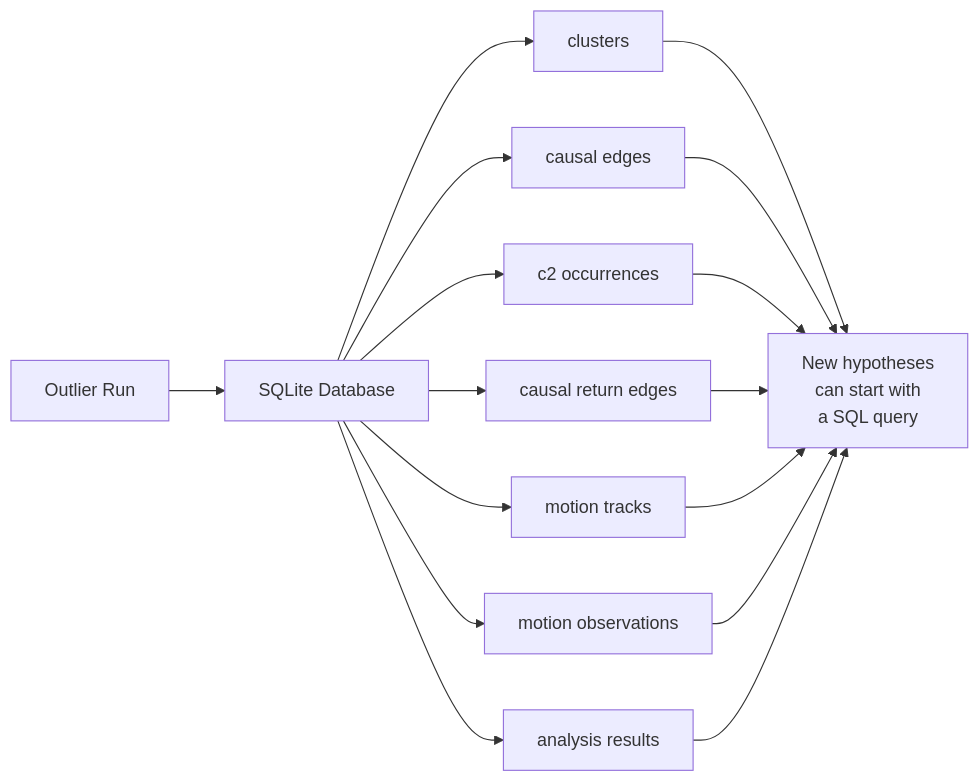
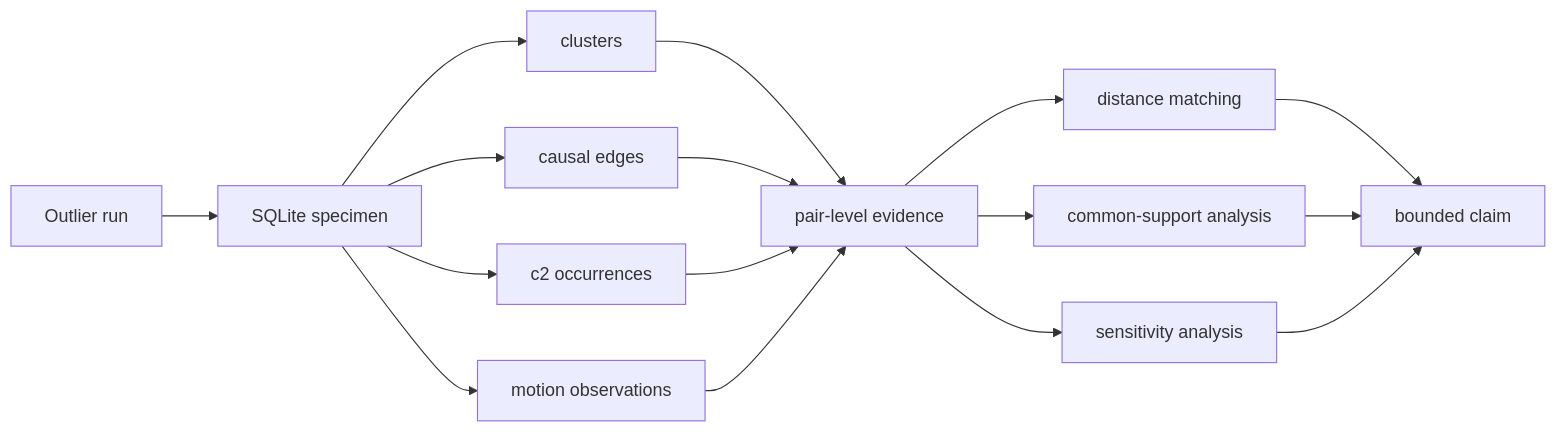
The fourth of 4 diagrams in content/books/digital-life/13-is-it-really-reproducing/index.md (ernanhughes/Digital-Life), drawn with Mermaid before and after one commit. The commit also changed other lines of this file and 3 other files, not shown here.

````diff
--- a/content/books/digital-life/13-is-it-really-reproducing/index.md
+++ b/content/books/digital-life/13-is-it-really-reproducing/index.md
@@ -735,12 +1274,13 @@
 ```mermaid
 flowchart LR
-    A[Outlier Run] --> B[SQLite Database]
-    B --> C[clusters]
-    B --> D[causal edges]
-    B --> E[c2 occurrences]
-    B --> F[causal return edges]
-    B --> G[motion tracks]
-    B --> H[motion observations]
-    B --> I[analysis results]
-    C & D & E & F & G & H & I --> J[New hypotheses<br/>can start with<br/>a SQL query]
+    A["Outlier run"] --> B["SQLite specimen"]
+    B --> C["clusters"]
+    B --> D["causal edges"]
+    B --> E["c2 occurrences"]
+    B --> F["motion observations"]
+    C & D & E & F --> G["pair-level evidence"]
+    G --> H["distance matching"]
+    G --> I["common-support analysis"]
+    G --> J["sensitivity analysis"]
+    H & I & J --> K["bounded claim"]
 ```
````
